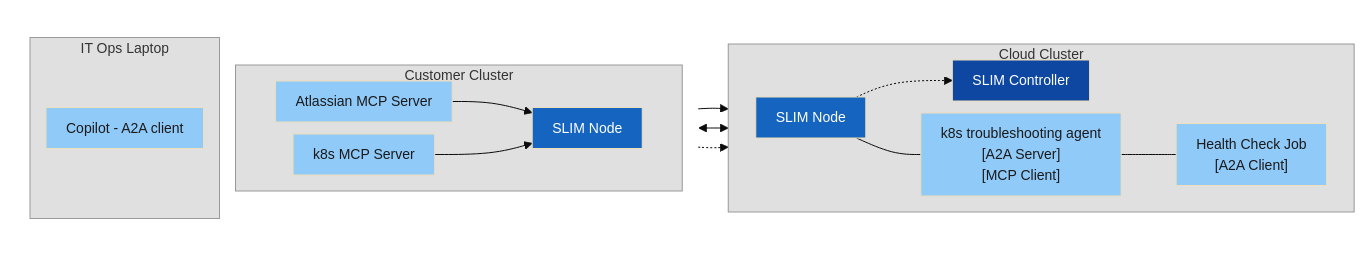
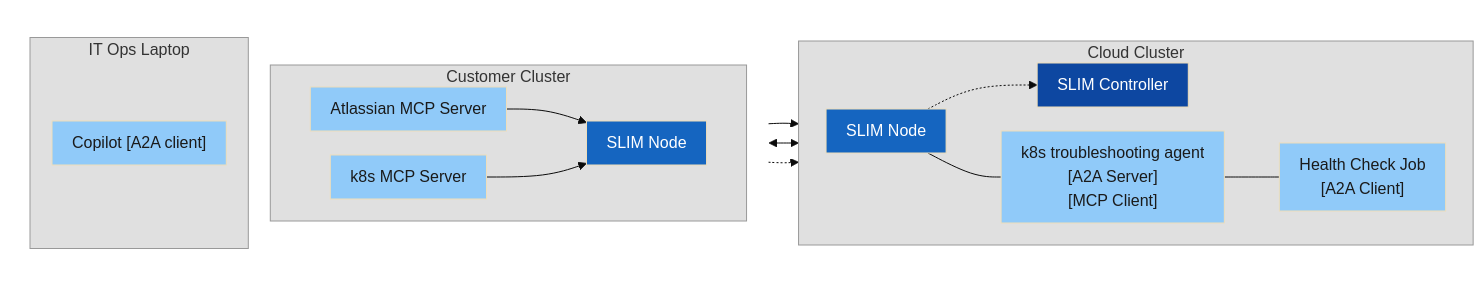
Before and after one commit to agntcy/blogs: the sixth of 9 diagrams in presentations/slim-multicluster-demo/slim-multicluster-demo.md, drawn with Mermaid. The commit also changed other lines of this file, not shown here.

Commit message:
feat: add a2a and mcp interfaces

````diff
--- a/presentations/slim-multicluster-demo/slim-multicluster-demo.md
+++ b/presentations/slim-multicluster-demo/slim-multicluster-demo.md
@@ -325,43 +325,43 @@
 ```mermaid
-%%{init: {'theme': 'base', 'themeVariables': {'fontSize': '14px'}, 'flowchart': {'nodeSpacing': 12, 'rankSpacing': 30, 'padding': 10}}}%%
+%%{init: {'theme': 'base', 'themeVariables': {'fontSize': '16px'}, 'flowchart': {'nodeSpacing': 24, 'rankSpacing': 30, 'padding': 10}}}%%
 graph LR
     subgraph Left[" "]
         direction TB
         subgraph Customer[Customer Cluster]
             direction LR
             AMCP[Atlassian MCP Server] --> CSN[SLIM Node]
             KMCP[k8s MCP Server] --> CSN
         end
         subgraph Laptop[IT Ops Laptop]
-            Copilot[Copilot - A2A client]
+            Copilot["Copilot [A2A client]"]
         end
     end
 
     subgraph Cloud[Cloud Cluster]
         direction LR
         SN[SLIM Node]
         SC[SLIM Controller]
         HCJ["Health Check Job\n[A2A Client]"]
         K8S["k8s troubleshooting agent\n[A2A Server]\n[MCP Client]"]
         SN -.-> SC
         SN --- K8S
         K8S --- HCJ
     end
 
     Copilot --> SN
     CSN <--> SN
     CSN -.-> SC
 
     style Left fill:none,stroke:none
     style Customer fill:#e0e0e0,stroke:#999,color:#333
     style Cloud fill:#e0e0e0,stroke:#999,color:#333
     style Laptop fill:#e0e0e0,stroke:#999,color:#333
     style SC fill:#0D47A1,color:#fff
     style SN fill:#1565C0,color:#fff
     style CSN fill:#1565C0,color:#fff
     style AMCP fill:#90CAF9,color:#1a1a1a
     style KMCP fill:#90CAF9,color:#1a1a1a
     style K8S fill:#90CAF9,color:#1a1a1a
     style HCJ fill:#90CAF9,color:#1a1a1a
     style Copilot fill:#90CAF9,color:#1a1a1a
 ```
````
